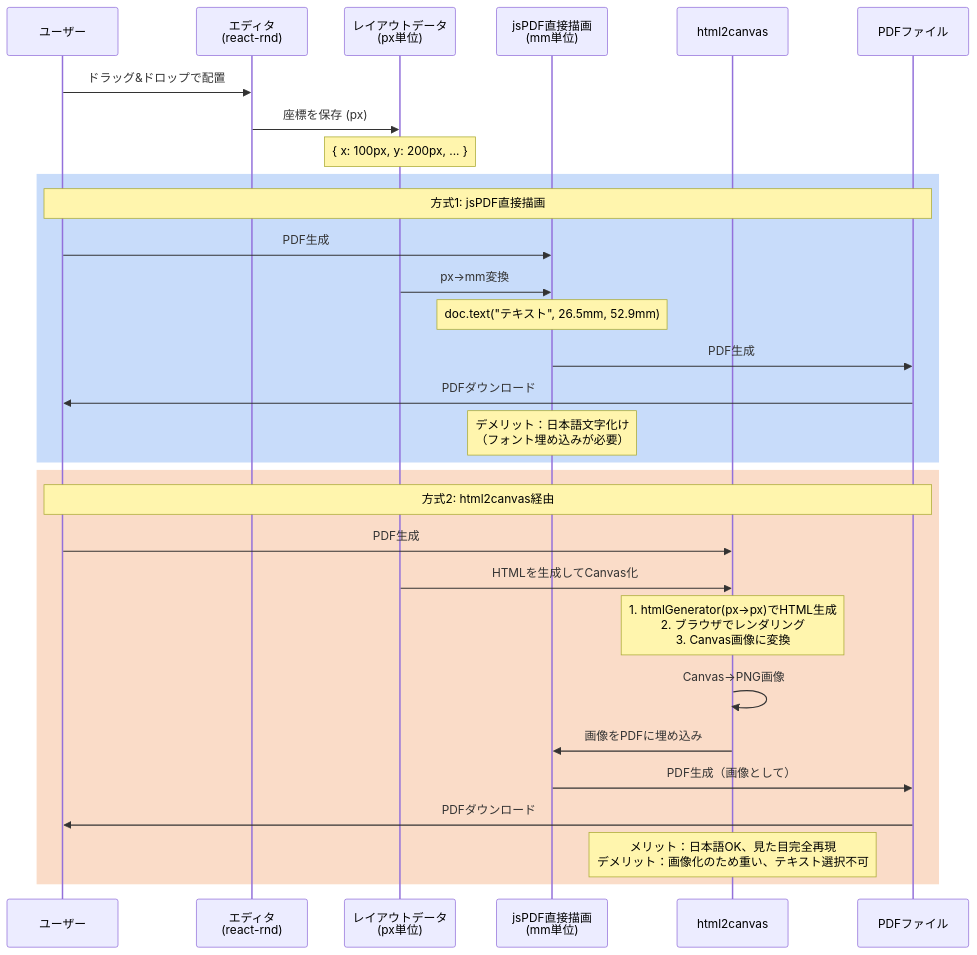
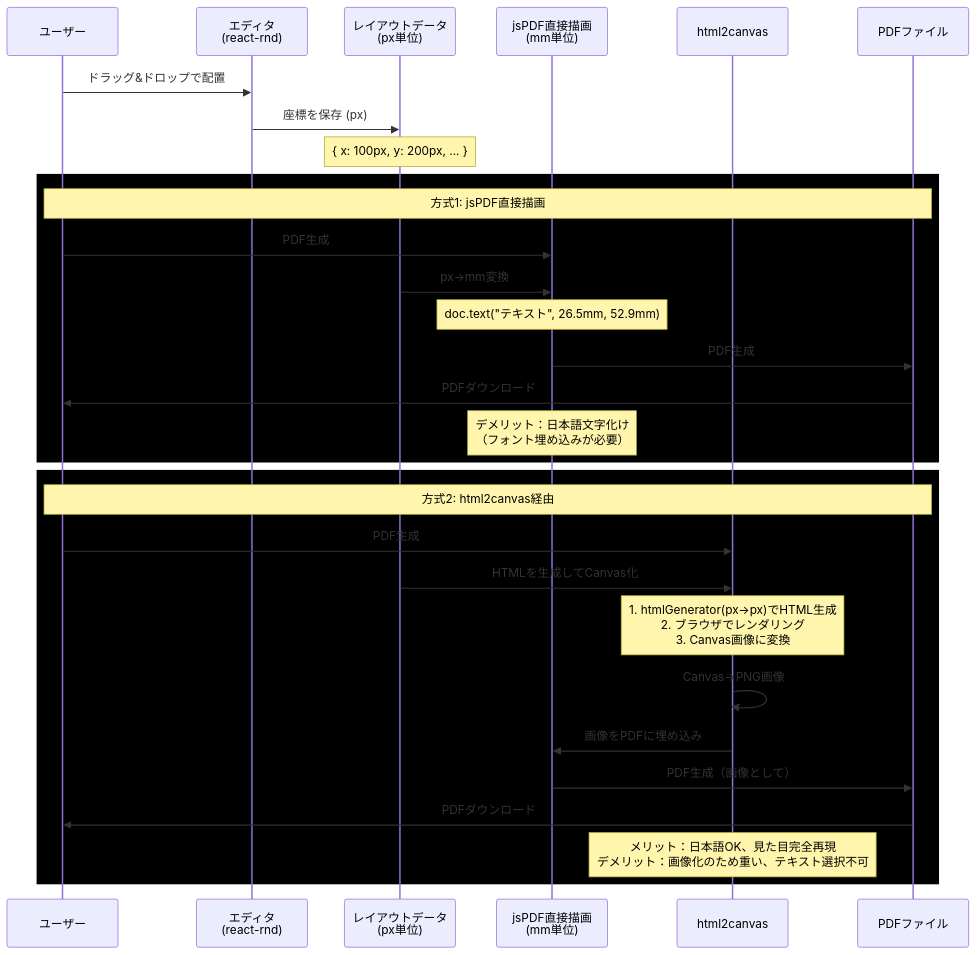
Before and after one commit to andsaki/pdf-editor: the third of 3 diagrams in docs/pdf-generation-sequence.md, drawn with Mermaid.

Commit message:
docs: シーケンス図の背景色を黒に統一
視認性向上のため、全てのrect背景色をrgb(0,0,0)に変更

🤖 Generated with [Claude Code](https://claude.com/claude-code)

````diff
--- a/docs/pdf-generation-sequence.md
+++ b/docs/pdf-generation-sequence.md
@@ -96,35 +96,35 @@
 ```mermaid
 sequenceDiagram
     participant User as ユーザー
     participant Editor as エディタ<br/>(react-rnd)
     participant Data as レイアウトデータ<br/>(px単位)
     participant JspdfDirect as jsPDF直接描画<br/>(mm単位)
     participant Html2Canvas as html2canvas
     participant PDF as PDFファイル
 
     User->>Editor: ドラッグ&ドロップで配置
     Editor->>Data: 座標を保存 (px)
     Note over Data: { x: 100px, y: 200px, ... }
 
-    rect rgb(200, 220, 250)
+    rect rgb(0, 0, 0)
         Note over User,PDF: 方式1: jsPDF直接描画
         User->>JspdfDirect: PDF生成
         Data->>JspdfDirect: px→mm変換
         Note over JspdfDirect: doc.text("テキスト", 26.5mm, 52.9mm)
         JspdfDirect->>PDF: PDF生成
         PDF->>User: PDFダウンロード
         Note over JspdfDirect: デメリット：日本語文字化け<br/>（フォント埋め込みが必要）
     end
 
-    rect rgb(250, 220, 200)
+    rect rgb(0, 0, 0)
         Note over User,PDF: 方式2: html2canvas経由
         User->>Html2Canvas: PDF生成
         Data->>Html2Canvas: HTMLを生成してCanvas化
         Note over Html2Canvas: 1. htmlGenerator(px→px)でHTML生成<br/>2. ブラウザでレンダリング<br/>3. Canvas画像に変換
         Html2Canvas->>Html2Canvas: Canvas→PNG画像
         Html2Canvas->>JspdfDirect: 画像をPDFに埋め込み
         JspdfDirect->>PDF: PDF生成（画像として）
         PDF->>User: PDFダウンロード
         Note over Html2Canvas: メリット：日本語OK、見た目完全再現<br/>デメリット：画像化のため重い、テキスト選択不可
     end
 ```
````
